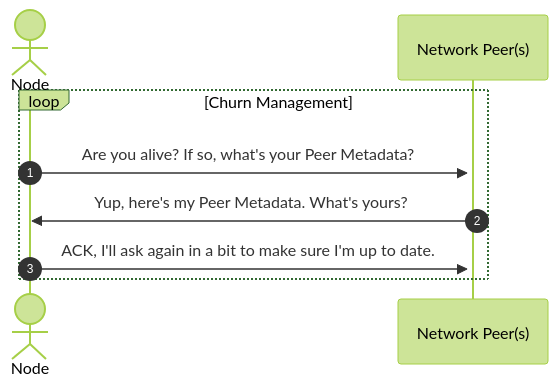
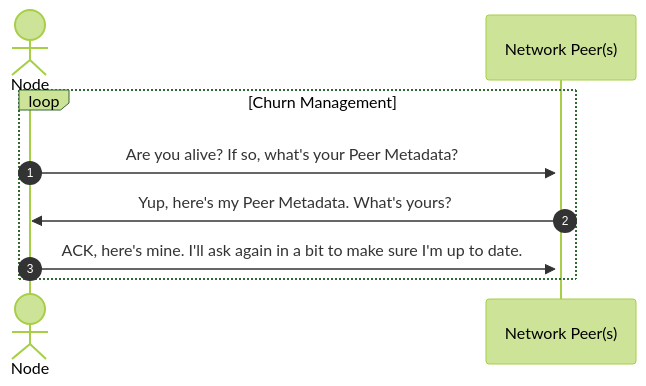
One commit to pokt-network/pocket changed the first of 4 diagrams in consensus/doc/PROTOCOL_STATE_SYNC.md. Above: the diagram before and after it, drawn with Mermaid (forest theme). The commit also changed other lines of this file and 7 other files, not shown here.

````diff
--- a/consensus/doc/PROTOCOL_STATE_SYNC.md
+++ b/consensus/doc/PROTOCOL_STATE_SYNC.md
@@ -43,13 +59,13 @@
 ```mermaid
 sequenceDiagram
     autonumber
 
     actor N as Node
     participant NP as Network Peer(s)
 
     loop Churn Management
         N->>+NP: Are you alive? If so, what's your Peer Metadata?
         NP->>N: Yup, here's my Peer Metadata. What's yours?
-        N->>NP: ACK, I'll ask again in a bit to make sure I'm up to date.
+        N->>NP: ACK, here's mine. I'll ask again in a bit to make sure I'm up to date.
     end
 ```
````
